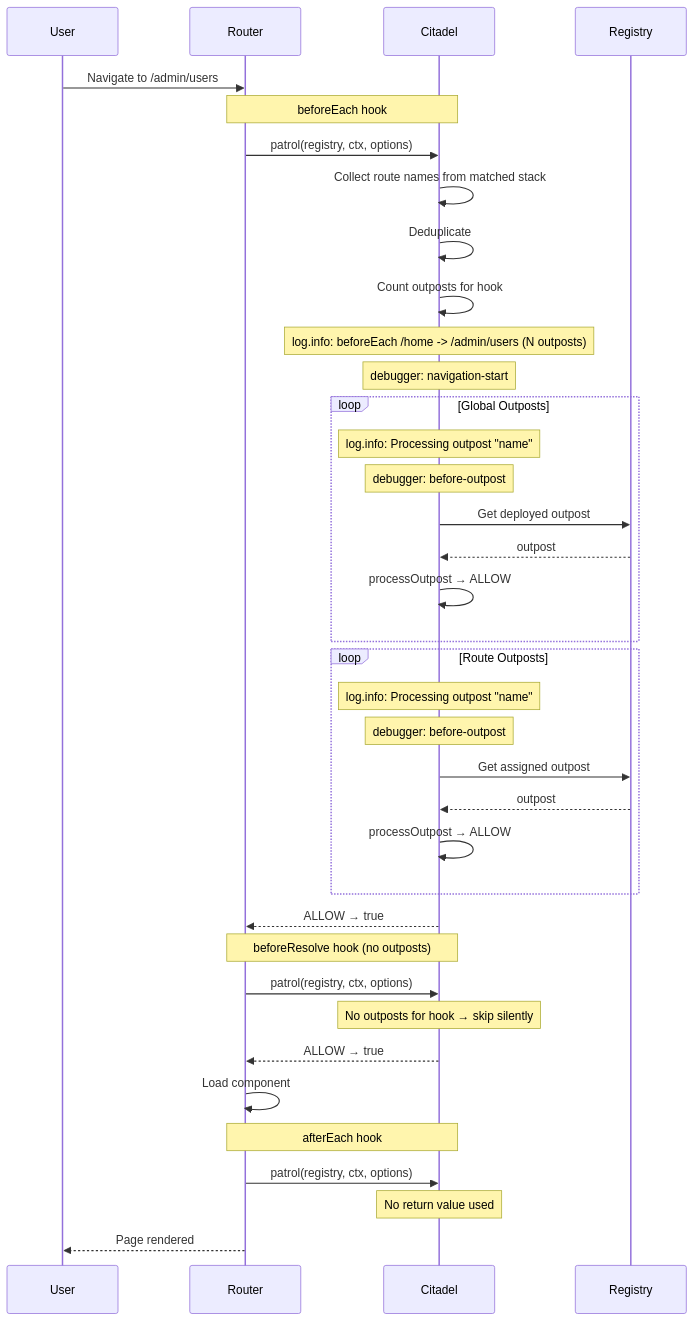
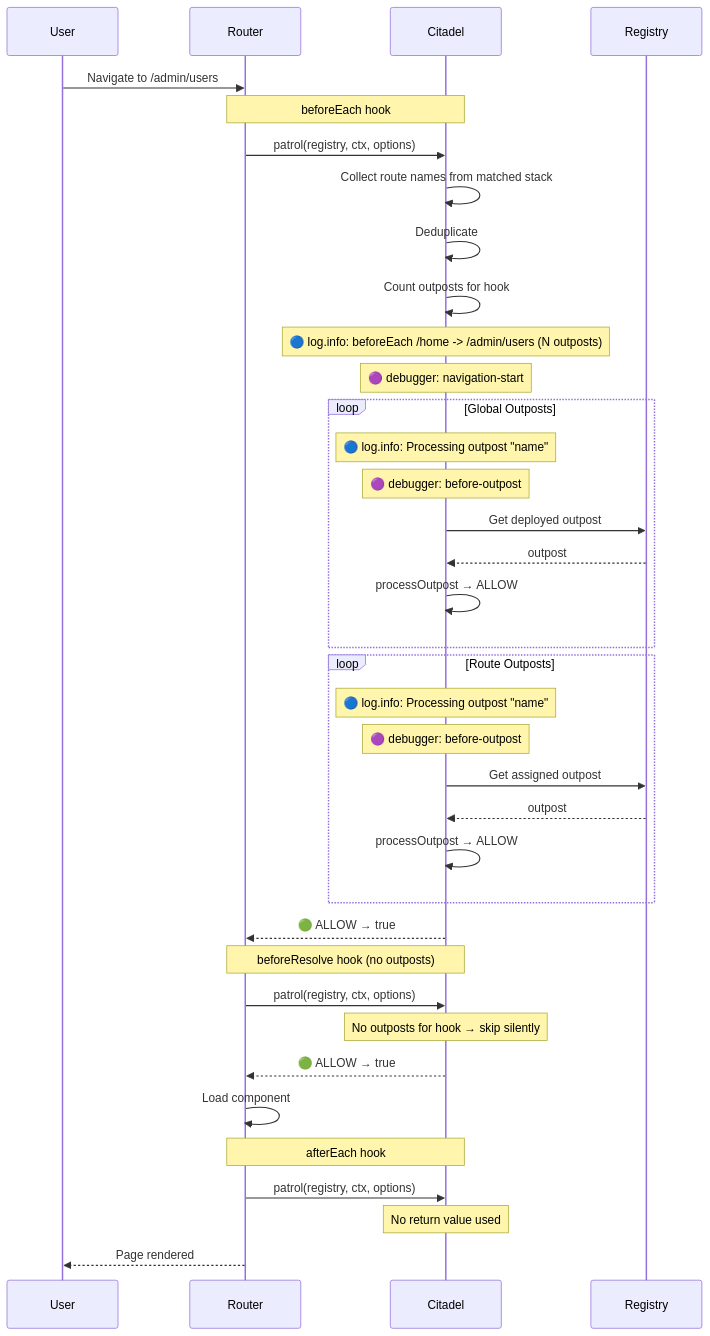
Before and after one commit to Kassaila/vue-router-citadel: the third of 3 diagrams in docs/advanced/architecture.md, drawn with Mermaid. The commit also changed other lines of this file and 36 other files, not shown here.

````diff
--- a/docs/advanced/architecture.md
+++ b/docs/advanced/architecture.md
@@ -86,50 +86,50 @@
 ```mermaid
 sequenceDiagram
     participant U as User
     participant R as Router
     participant C as Citadel
     participant Reg as Registry
 
     U->>R: Navigate to /admin/users
 
     Note over R,C: beforeEach hook
     R->>C: patrol(registry, ctx, options)
 
     C->>C: Collect route names from matched stack
     C->>C: Deduplicate
     C->>C: Count outposts for hook
 
-    Note over C: log.info: beforeEach /home -> /admin/users (N outposts)
-    Note over C: debugger: navigation-start
+    Note over C: 🔵 log.info: beforeEach /home -> /admin/users (N outposts)
+    Note over C: 🟣 debugger: navigation-start
 
     loop Global Outposts
-        Note over C: log.info: Processing outpost "name"
-        Note over C: debugger: before-outpost
+        Note over C: 🔵 log.info: Processing outpost "name"
+        Note over C: 🟣 debugger: before-outpost
         C->>Reg: Get deployed outpost
         Reg-->>C: outpost
         C->>C: processOutpost → ALLOW
     end
 
     loop Route Outposts
-        Note over C: log.info: Processing outpost "name"
-        Note over C: debugger: before-outpost
+        Note over C: 🔵 log.info: Processing outpost "name"
+        Note over C: 🟣 debugger: before-outpost
         C->>Reg: Get assigned outpost
         Reg-->>C: outpost
         C->>C: processOutpost → ALLOW
     end
 
-    C-->>R: ALLOW → true
+    C-->>R: 🟢 ALLOW → true
 
     Note over R,C: beforeResolve hook (no outposts)
     R->>C: patrol(registry, ctx, options)
     Note over C: No outposts for hook → skip silently
-    C-->>R: ALLOW → true
+    C-->>R: 🟢 ALLOW → true
 
     R->>R: Load component
 
     Note over R,C: afterEach hook
     R->>C: patrol(registry, ctx, options)
     Note over C: No return value used
 
     R-->>U: Page rendered
 ```
````
